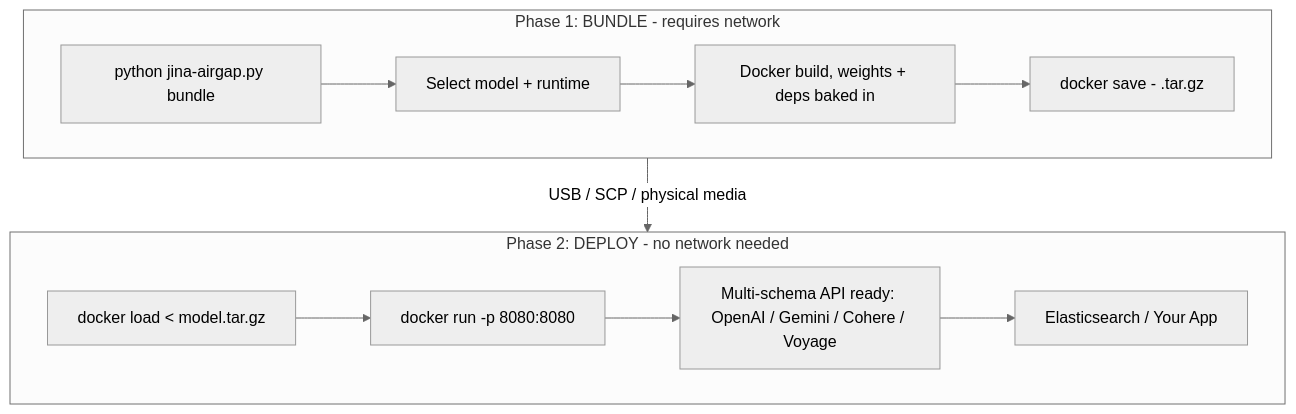
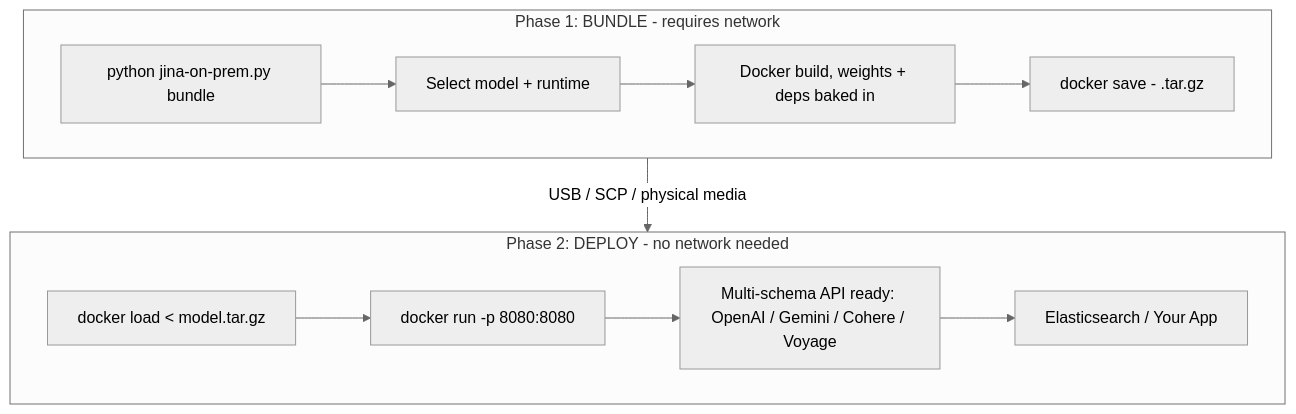
Before and after one commit to jina-ai/jina-on-prem: the diagram in README.md, drawn with Mermaid (neutral theme). The commit also changed other lines of this file and 36 other files, not shown here.

First line of the commit message:
refactor: rename Jina AirGap to Jina On-Prem (#34)

````diff
--- a/README.md
+++ b/README.md
@@ -11,16 +11,16 @@
 ```mermaid
 flowchart TB
     subgraph Phase1["Phase 1: BUNDLE - requires network"]
-        A["python jina-airgap.py bundle"] --> B["Select model + runtime"]
+        A["python jina-on-prem.py bundle"] --> B["Select model + runtime"]
         B --> C["Docker build, weights + deps baked in"]
         C --> D["docker save - .tar.gz"]
     end
 
     Phase1 -->|"USB / SCP / physical media"| Phase2
 
     subgraph Phase2["Phase 2: DEPLOY - no network needed"]
         E["docker load < model.tar.gz"] --> F["docker run -p 8080:8080"]
         F --> G["Multi-schema API ready: OpenAI / Gemini / Cohere / Voyage"]
         G --> H["Elasticsearch / Your App"]
     end
 ```
````
